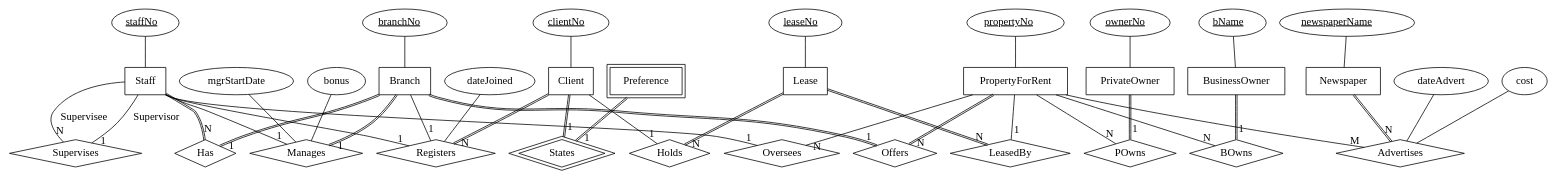
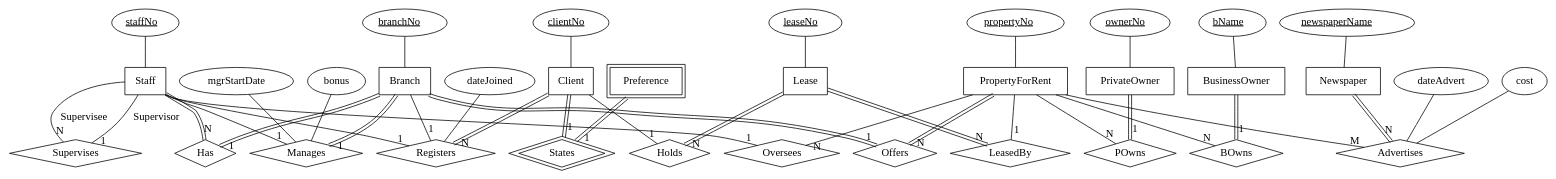
Before and after one commit to jamesWalker55/erd-render: the diagram in diagrams/property.gv, drawn with Graphviz. The commit also changed 3 other files, not shown here.

Commit message:
Re-render all diagrams

```diff
--- a/diagrams/property.gv
+++ b/diagrams/property.gv
@@ -1,78 +1,78 @@
 graph "graph" {
 	graph [K=0.4 repulsiveforce=4 smoothing=spring]
 	node [shape=box]
 	1 [label=Staff]
 	2 [label=Branch]
 	3 [label=Client]
 	4 [label=Lease]
 	5 [label=Preference peripheries=2]
 	6 [label=PropertyForRent]
 	7 [label=PrivateOwner]
 	8 [label=BusinessOwner]
 	9 [label=Newspaper]
 	node [shape=diamond]
 	10 [label=Supervises]
 	1 -- 10 [label=Supervisor headlabel=1 labeldistance=1.5]
 	1 -- 10 [label=Supervisee headlabel=N labeldistance=1.5]
 	11 [label=Manages]
 	1 -- 11 [headlabel=1 labeldistance=1.5]
-	2 -- 11 [color="black:black" headlabel=1 labeldistance=1.5]
+	2 -- 11 [color="black:invis:black" headlabel=1 labeldistance=1.5]
 	12 [label=Has]
-	2 -- 12 [color="black:black" headlabel=1 labeldistance=1.5]
-	1 -- 12 [color="black:black" headlabel=N labeldistance=1.5]
+	2 -- 12 [color="black:invis:black" headlabel=1 labeldistance=1.5]
+	1 -- 12 [color="black:invis:black" headlabel=N labeldistance=1.5]
 	13 [label=Registers]
 	1 -- 13 [headlabel=1 labeldistance=1.5]
 	2 -- 13 [headlabel=1 labeldistance=1.5]
-	3 -- 13 [color="black:black" headlabel=N labeldistance=1.5]
+	3 -- 13 [color="black:invis:black" headlabel=N labeldistance=1.5]
 	14 [label=States peripheries=2]
-	3 -- 14 [color="black:black" headlabel=1 labeldistance=1.5]
-	5 -- 14 [color="black:black" headlabel=1 labeldistance=1.5]
+	3 -- 14 [color="black:invis:black" headlabel=1 labeldistance=1.5]
+	5 -- 14 [color="black:invis:black" headlabel=1 labeldistance=1.5]
 	15 [label=Holds]
 	3 -- 15 [headlabel=1 labeldistance=1.5]
-	4 -- 15 [color="black:black" headlabel=N labeldistance=1.5]
+	4 -- 15 [color="black:invis:black" headlabel=N labeldistance=1.5]
 	16 [label=LeasedBy]
-	4 -- 16 [color="black:black" headlabel=N labeldistance=1.5]
+	4 -- 16 [color="black:invis:black" headlabel=N labeldistance=1.5]
 	6 -- 16 [headlabel=1 labeldistance=1.5]
 	17 [label=Oversees]
 	1 -- 17 [headlabel=1 labeldistance=1.5]
 	6 -- 17 [headlabel=N labeldistance=1.5]
 	18 [label=Offers]
-	2 -- 18 [color="black:black" headlabel=1 labeldistance=1.5]
-	6 -- 18 [color="black:black" headlabel=N labeldistance=1.5]
+	2 -- 18 [color="black:invis:black" headlabel=1 labeldistance=1.5]
+	6 -- 18 [color="black:invis:black" headlabel=N labeldistance=1.5]
 	19 [label=POwns]
-	7 -- 19 [color="black:black" headlabel=1 labeldistance=1.5]
+	7 -- 19 [color="black:invis:black" headlabel=1 labeldistance=1.5]
 	6 -- 19 [headlabel=N labeldistance=1.5]
 	20 [label=BOwns]
-	8 -- 20 [color="black:black" headlabel=1 labeldistance=1.5]
+	8 -- 20 [color="black:invis:black" headlabel=1 labeldistance=1.5]
 	6 -- 20 [headlabel=N labeldistance=1.5]
 	21 [label=Advertises]
-	9 -- 21 [color="black:black" headlabel=N labeldistance=1.5]
+	9 -- 21 [color="black:invis:black" headlabel=N labeldistance=1.5]
 	6 -- 21 [headlabel=M labeldistance=1.5]
 	node [shape=oval]
 	22 [label=<<U>staffNo</U>>]
 	22 -- 1
 	23 [label=<<U>branchNo</U>>]
 	23 -- 2
 	24 [label=<<U>clientNo</U>>]
 	24 -- 3
 	25 [label=<<U>leaseNo</U>>]
 	25 -- 4
 	26 [label=<<U>propertyNo</U>>]
 	26 -- 6
 	27 [label=<<U>ownerNo</U>>]
 	27 -- 7
 	28 [label=<<U>bName</U>>]
 	28 -- 8
 	29 [label=<<U>newspaperName</U>>]
 	29 -- 9
 	30 [label=mgrStartDate]
 	30 -- 11
 	31 [label=bonus]
 	31 -- 11
 	32 [label=dateJoined]
 	32 -- 13
 	33 [label=dateAdvert]
 	33 -- 21
 	34 [label=cost]
 	34 -- 21
 }
```
